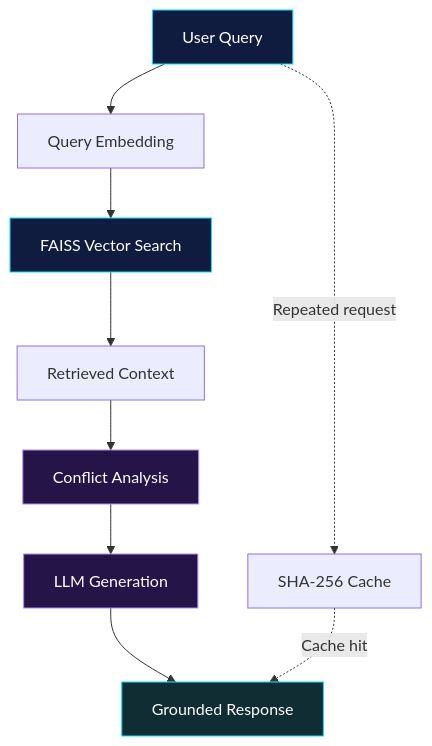
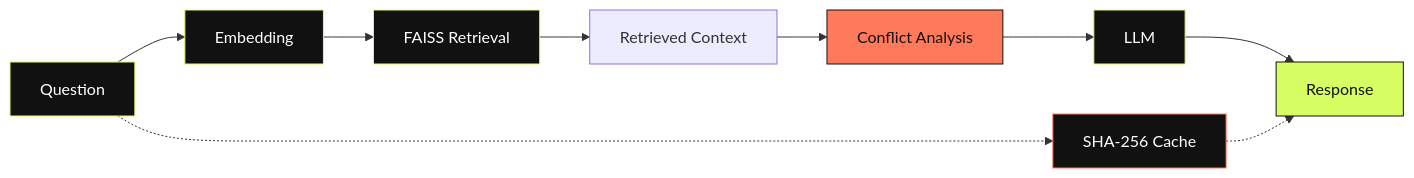
The third of 3 diagrams in README.md (sandhruv/sandhruv), drawn with Mermaid before and after one commit. The commit also changed other lines of this file, not shown here.

````diff
--- a/README.md
+++ b/README.md
@@ -223,17 +231,19 @@
 ```mermaid
-flowchart TD
-    Q[User Query] --> E[Query Embedding]
-    E --> V[FAISS Vector Search]
-    V --> C[Retrieved Context]
-    C --> D[Conflict Analysis]
-    D --> L[LLM Generation]
-    L --> A[Grounded Response]
-    Q -. Repeated request .-> H[SHA-256 Cache]
-    H -. Cache hit .-> A
+flowchart LR
+    A["Question"] --> B["Embedding"]
+    B --> C["FAISS Retrieval"]
+    C --> D["Retrieved Context"]
+    D --> E["Conflict Analysis"]
+    E --> F["LLM"]
+    F --> G["Response"]
+    A -.-> H["SHA-256 Cache"]
+    H -.-> G
 
-    style Q fill:#101B40,stroke:#00E5FF,color:#FFFFFF
-    style V fill:#101B40,stroke:#00E5FF,color:#FFFFFF
-    style D fill:#241447,stroke:#A78BFA,color:#FFFFFF
-    style L fill:#241447,stroke:#A78BFA,color:#FFFFFF
-    style A fill:#102D34,stroke:#00E5FF,color:#FFFFFF
+    style A fill:#111111,stroke:#D7FF64,color:#FFFFFF
+    style B fill:#111111,stroke:#D7FF64,color:#FFFFFF
+    style C fill:#111111,stroke:#D7FF64,color:#FFFFFF
+    style E fill:#FF795B,stroke:#111111,color:#111111
+    style F fill:#111111,stroke:#D7FF64,color:#FFFFFF
+    style G fill:#D7FF64,stroke:#111111,color:#111111
+    style H fill:#111111,stroke:#FF795B,color:#FFFFFF
 ```
````
